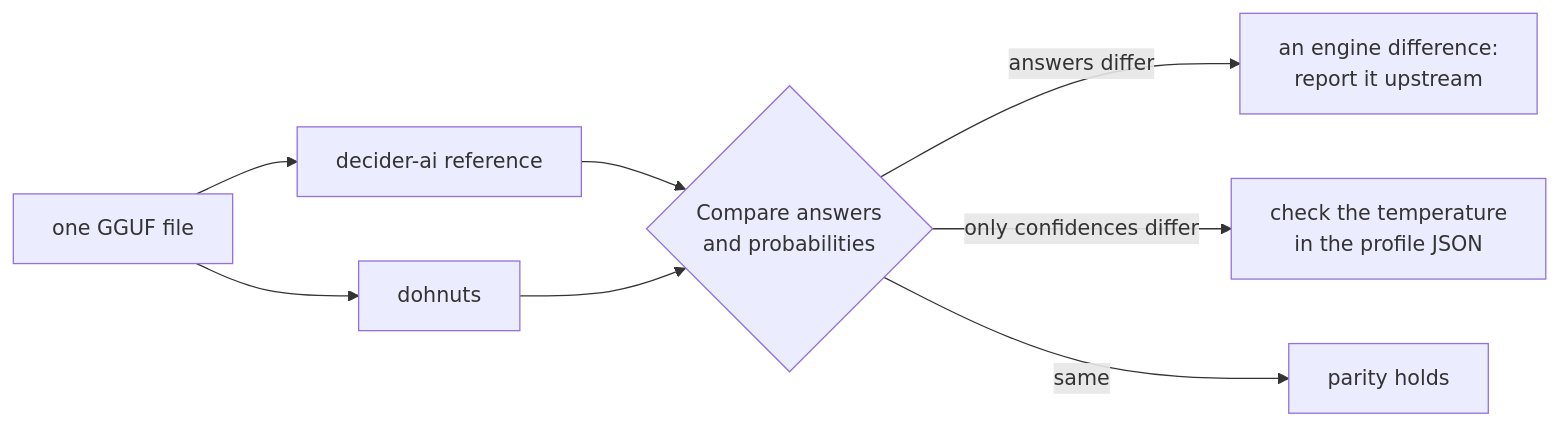
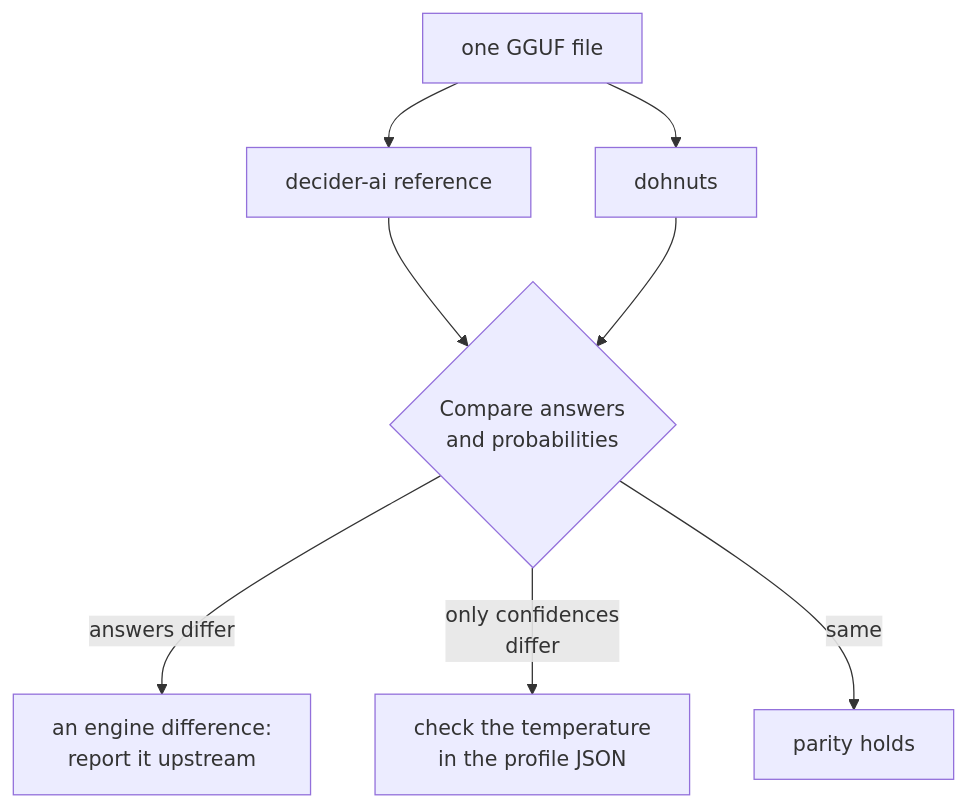
One commit to fontlaborg/ornotto changed the second of 2 diagrams in src_docs/md/12-choosing.md. Above: the diagram before and after it, drawn with Mermaid. The commit also changed other lines of this file and 10 other files, not shown here.

Commit message:
Make the diagrams legible and match the theme

````diff
--- a/src_docs/md/12-choosing.md
+++ b/src_docs/md/12-choosing.md
@@ -139,10 +150,11 @@
 ```mermaid
-flowchart LR
+%%{init: {"flowchart": {"useMaxWidth": false}}}%%
+flowchart TD
     G["one GGUF file"] --> R["decider-ai reference"]
     G --> D["dohnuts"]
     R --> C{"Compare answers<br>and probabilities"}
     D --> C
     C -->|"answers differ"| E["an engine difference:<br>report it upstream"]
-    C -->|"only confidences differ"| T["check the temperature<br>in the profile JSON"]
+    C -->|"only confidences<br>differ"| T["check the temperature<br>in the profile JSON"]
     C -->|"same"| OK["parity holds"]
 ```
````
